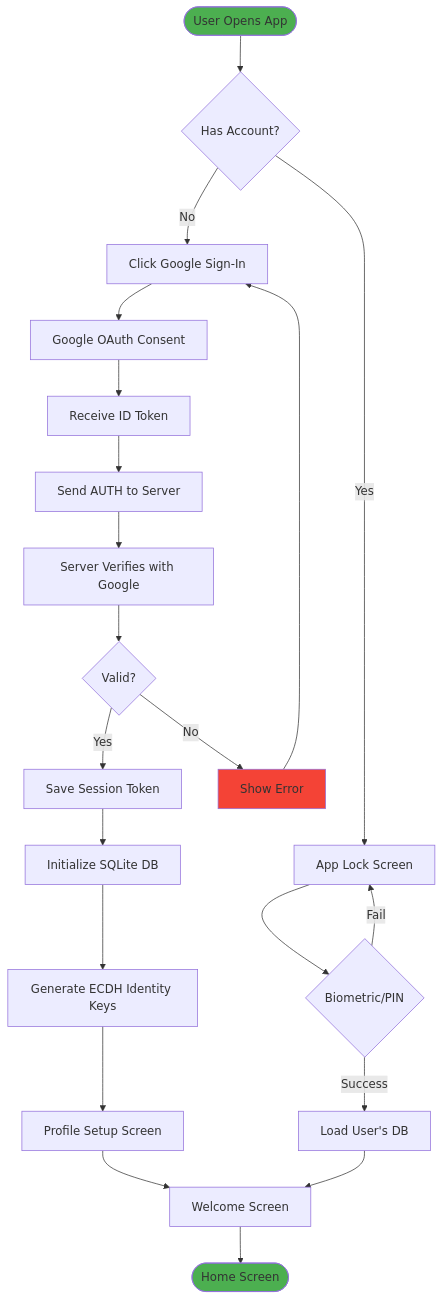
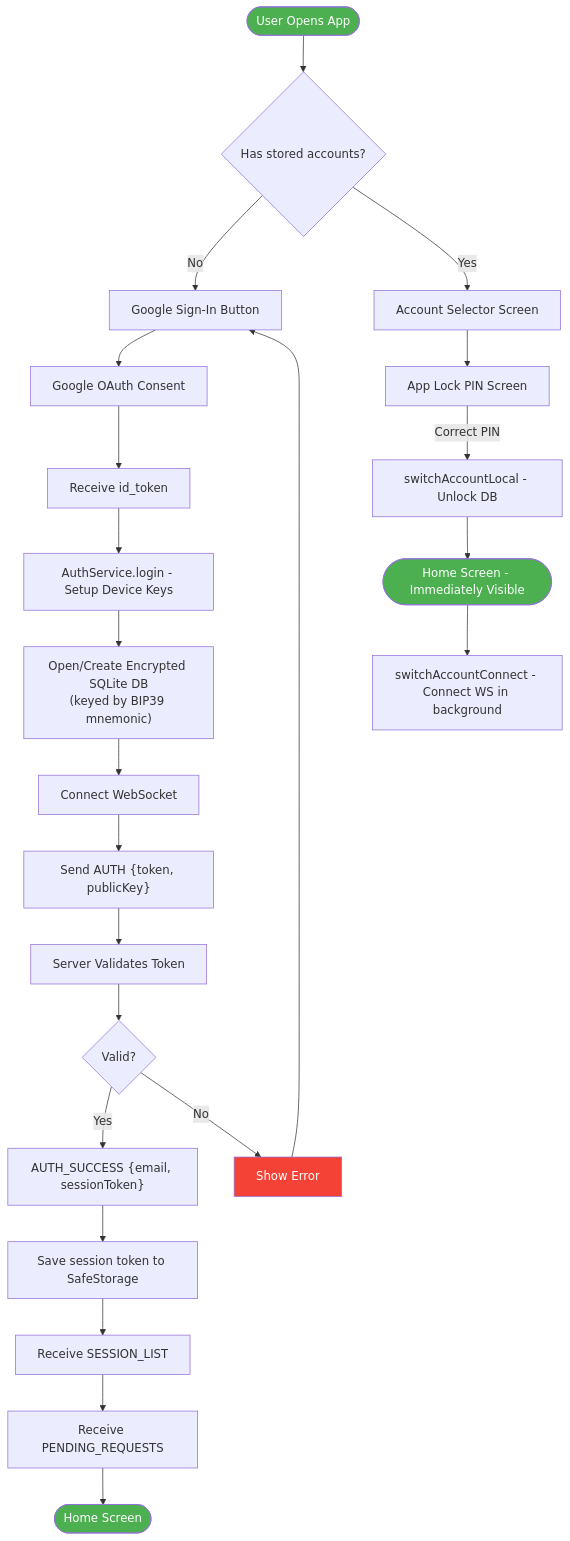
Before and after one commit to TheYogMehta/CryptNode: the first of 10 diagrams in docs/USER_FLOWS.md, drawn with Mermaid. The commit also changed other lines of this file and 11 other files, not shown here.

````diff
--- a/docs/USER_FLOWS.md
+++ b/docs/USER_FLOWS.md
@@ -9,32 +25,34 @@
 ```mermaid
 flowchart TD
-    START([User Opens App]) --> CHECK{Has Account?}
-    CHECK -->|No| GOOGLE[Click Google Sign-In]
-    CHECK -->|Yes| LOCK[App Lock Screen]
+    START([User Opens App]) --> CHECK{Has stored accounts?}
+    CHECK -->|No| GOOGLE[Google Sign-In Button]
+    CHECK -->|Yes| ACCOUNTS[Account Selector Screen]
 
     GOOGLE --> OAUTH[Google OAuth Consent]
-    OAUTH --> TOKEN[Receive ID Token]
-    TOKEN --> SERVER[Send AUTH to Server]
-    SERVER --> VERIFY[Server Verifies with Google]
+    OAUTH --> TOKEN[Receive id_token]
+    TOKEN --> SETUP[AuthService.login - Setup Device Keys]
+    SETUP --> DBINIT["Open/Create Encrypted SQLite DB\n(keyed by BIP39 mnemonic)"]
+    DBINIT --> WSCONN[Connect WebSocket]
+    WSCONN --> AUTH["Send AUTH {token, publicKey}"]
+    AUTH --> VERIFY[Server Validates Token]
     VERIFY --> SUCCESS{Valid?}
 
-    SUCCESS -->|Yes| SAVE[Save Session Token]
+    SUCCESS -->|Yes| AUTHSUCCESS["AUTH_SUCCESS {email, sessionToken}"]
     SUCCESS -->|No| ERROR[Show Error]
     ERROR --> GOOGLE
 
-    SAVE --> DBINIT[Initialize SQLite DB]
-    DBINIT --> GENKEYS[Generate ECDH Identity Keys]
-    GENKEYS --> PROFILE[Profile Setup Screen]
-   PROFILE --> WELCOME[Welcome Screen]
+    AUTHSUCCESS --> SAVETOKEN[Save session token to SafeStorage]
+    SAVETOKEN --> SESSLIST[Receive SESSION_LIST]
+    SESSLIST --> PENDINGREQ[Receive PENDING_REQUESTS]
+    PENDINGREQ --> HOME([Home Screen])
 
-    LOCK --> UNLOCK{Biometric/PIN}
-    UNLOCK -->|Success| LOADDB[Load User's DB]
-    UNLOCK -->|Fail| LOCK
-    LOADDB --> WELCOME
+    ACCOUNTS --> LOCK[App Lock PIN Screen]
+    LOCK -->|Correct PIN| PHASE1["switchAccountLocal - Unlock DB"]
+    PHASE1 --> HOME2([Home Screen - Immediately Visible])
+    HOME2 --> BGCONN["switchAccountConnect - Connect WS in background"]
 
-    WELCOME --> END([Home Screen])
-
-    style START fill:#4CAF50
-    style END fill:#4CAF50
-    style ERROR fill:#f44336
+    style START fill:#4CAF50,color:#fff
+    style HOME fill:#4CAF50,color:#fff
+    style HOME2 fill:#4CAF50,color:#fff
+    style ERROR fill:#f44336,color:#fff
 ```
````
